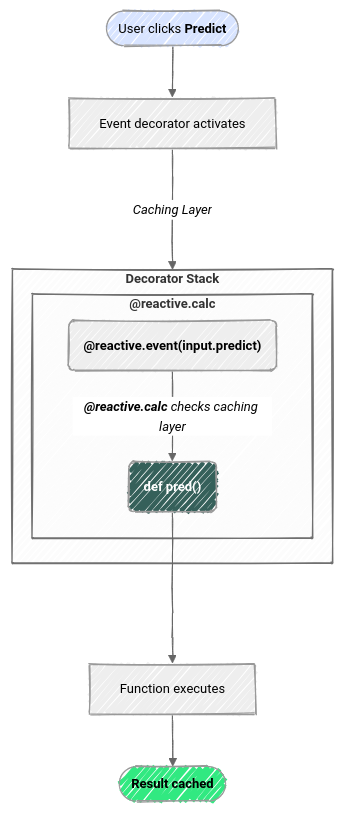
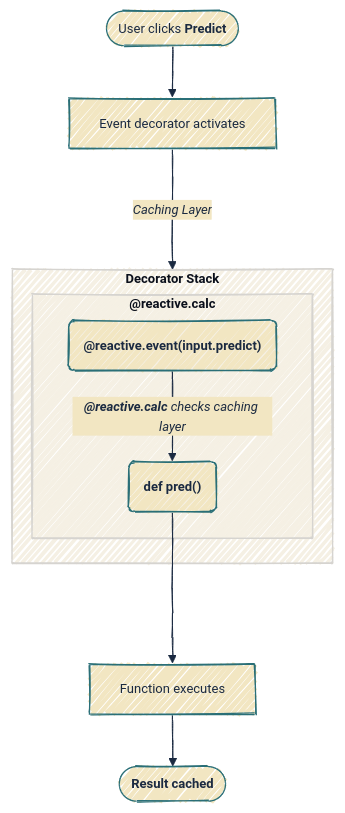
One commit to mjfrigaard/do4ds-labs changed the sixth of 15 diagrams in app-log-py.qmd. Above: the diagram before and after it, drawn with Mermaid. The commit also changed other lines of this file and 88 other files, not shown here.

````diff
--- a/app-log-py.qmd
+++ b/app-log-py.qmd
@@ -653,32 +639,29 @@
 ```{mermaid}
 %%| fig-cap: 'Predicted Values'
 %%| fig-width: 7.0
 %%| fig-align: center
-%%{init: {'theme': 'neutral', 'look': 'handDrawn', 'themeVariables': { 'fontFamily': 'monospace', 'fontSize':'13px'}}}%%
+%%{init: {'theme': 'base', 'look': 'handDrawn', 'themeVariables': { 'fontFamily': 'monospace', 'fontSize':'13px', 'primaryColor': '#F2E6C2', 'primaryBorderColor': '#2A6F77', 'primaryTextColor': '#1B2A41', 'secondaryColor': '#d4e7e4', 'tertiaryColor': '#f5f0e4', 'lineColor': '#1B2A41', 'edgeLabelBackground': '#F2E6C2'}}}%%
 
 graph TD
     subgraph Dec["<strong>Decorator Stack</strong>"]
         subgraph CalcDec["<strong>@reactive.calc</strong>"]
             Event("<strong>@reactive.event(input.predict)</strong>")
             Function("<strong>def pred()</strong>")
             Event --"<em><strong>@reactive.calc</strong> checks caching layer</em>"--> Function
         end
     end
     
 
         ButtonClick(["User clicks <strong>Predict</strong>"])
         EventTrigger[Event decorator activates]
         ExecuteFunction[Function executes]
         CacheResult(["<strong>Result cached</strong>"])
 
     
 
     ButtonClick --> EventTrigger
     EventTrigger --"<em>Caching Layer</em>"---> CalcDec
     Function ---> ExecuteFunction
     ExecuteFunction --> CacheResult
 
-    style ButtonClick fill:#d8e4ff
-    style CacheResult fill:#31e981
-    style Function fill:#35605a,color:#fff
 ```
````
